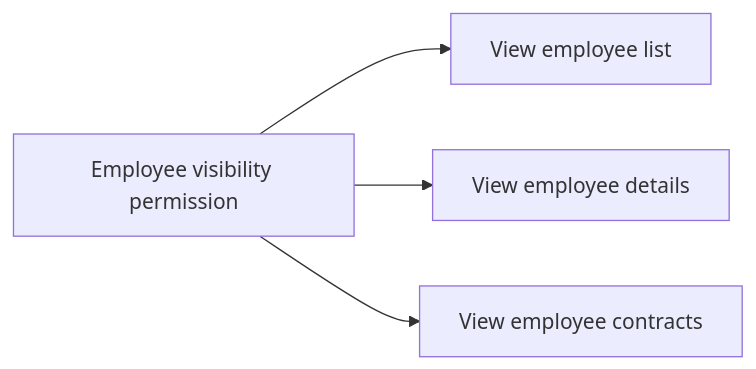
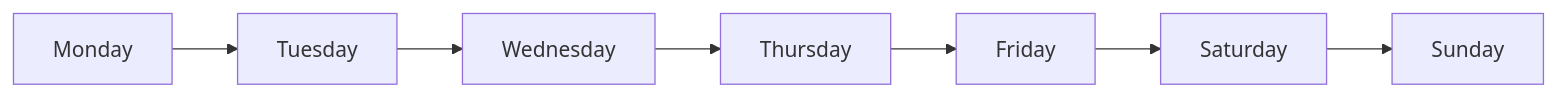
Before and after one commit to wrtnlabs/autobe-examples: diagram 15 of 24 in openai/gpt-5.4-mini/erp/docs/analysis/04-business-rules.md, drawn with Mermaid. The commit also changed other lines of this file and 9017 other files, not shown here.

````diff
--- a/openai/gpt-5.4-mini/erp/docs/analysis/04-business-rules.md
+++ b/openai/gpt-5.4-mini/erp/docs/analysis/04-business-rules.md
@@ -453,6 +842,4 @@
 ```mermaid
 flowchart LR
-    A["Employee visibility permission"] --> B["View employee list"]
-    A --> C["View employee details"]
-    A --> D["View employee contracts"]
+    A["Monday"] --> B["Tuesday"] --> C["Wednesday"] --> D["Thursday"] --> E["Friday"] --> F["Saturday"] --> G["Sunday"]
 ```
````
